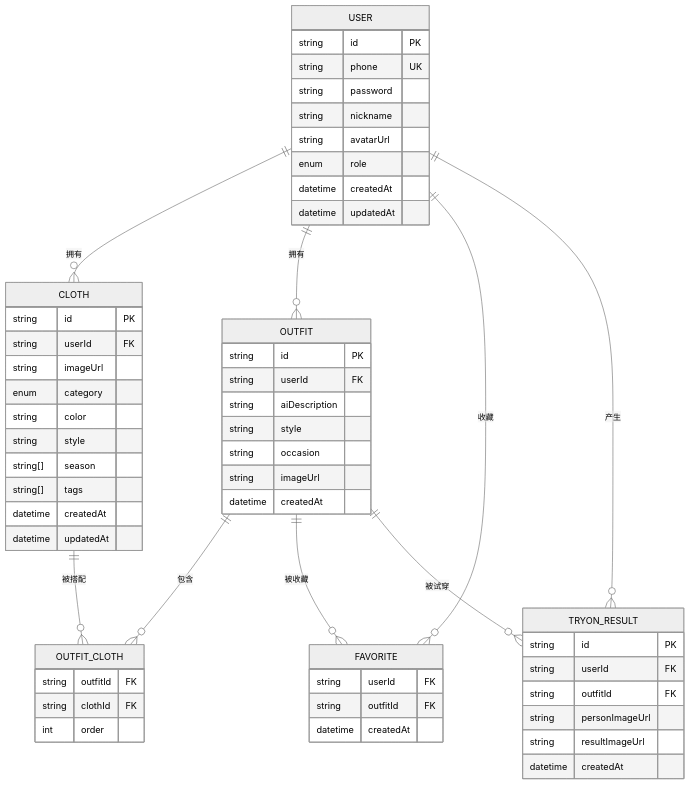
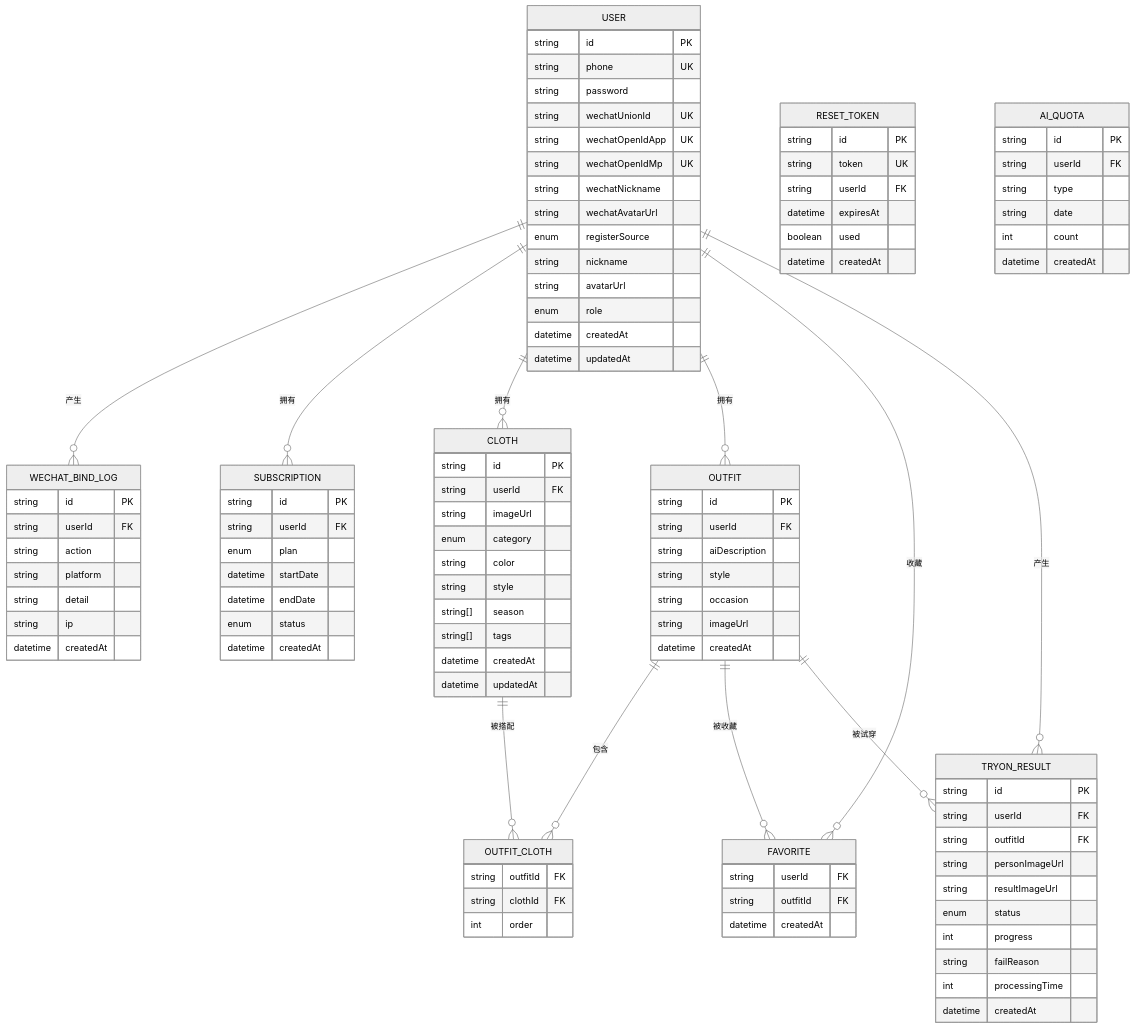
One commit to lsqwawa/free-dress changed the second of 7 diagrams in .qoder/repowiki/zh/content/数据库设计/数据库设计.md. Above: the diagram before and after it, drawn with Mermaid (neutral theme). The commit also changed other lines of this file and 71 other files, not shown here.

```diff
--- a/.qoder/repowiki/zh/content/数据库设计/数据库设计.md
+++ b/.qoder/repowiki/zh/content/数据库设计/数据库设计.md
@@ -100,11 +118,35 @@
 string id PK
 string phone UK
 string password
+string wechatUnionId UK
+string wechatOpenIdApp UK
+string wechatOpenIdMp UK
+string wechatNickname
+string wechatAvatarUrl
+enum registerSource
 string nickname
 string avatarUrl
 enum role
 datetime createdAt
 datetime updatedAt
+}
+WECHAT_BIND_LOG {
+string id PK
+string userId FK
+string action
+string platform
+string detail
+string ip
+datetime createdAt
+}
+SUBSCRIPTION {
+string id PK
+string userId FK
+enum plan
+datetime startDate
+datetime endDate
+enum status
+datetime createdAt
 }
 CLOTH {
 string id PK
@@ -143,8 +185,30 @@
 string outfitId FK
 string personImageUrl
 string resultImageUrl
+enum status
+int progress
+string failReason
+int processingTime
 datetime createdAt
 }
+RESET_TOKEN {
+string id PK
+string token UK
+string userId FK
+datetime expiresAt
+boolean used
+datetime createdAt
+}
+AI_QUOTA {
+string id PK
+string userId FK
+string type
+string date
+int count
+datetime createdAt
+}
+USER ||--o{ WECHAT_BIND_LOG : "产生"
+USER ||--o{ SUBSCRIPTION : "拥有"
 USER ||--o{ CLOTH : "拥有"
 USER ||--o{ OUTFIT : "拥有"
 USER ||--o{ FAVORITE : "收藏"
```
